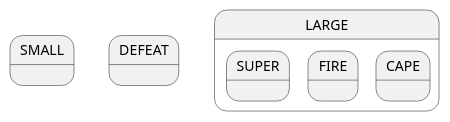
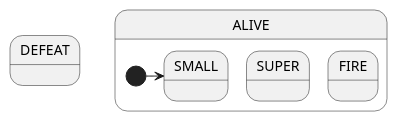
The first of 3 diagrams in lesson-0/README.md (StateSmith/tutorial-3), drawn with PlantUML before and after one commit. The commit also changed other lines of this file and 6 other files, not shown here.

````diff
--- a/lesson-0/README.md
+++ b/lesson-0/README.md
@@ -75,13 +75,13 @@
 ```plantuml
-state SMALL
-
 ' The DEFEAT state has an optional <<dark>> style.
 state DEFEAT <<dark>>
 
-' The LARGE state is a super state (AKA composite state) with substates
-state LARGE {
+' Define a super state (AKA composite state) with substates
+state ALIVE {
+    ' Define the initial transition of this super state.
+    [*] -> SMALL
+    state SMALL
     state SUPER <<blue>>
     state FIRE  <<red>>
-    state CAPE  <<gold>>
 }
 ```
````
